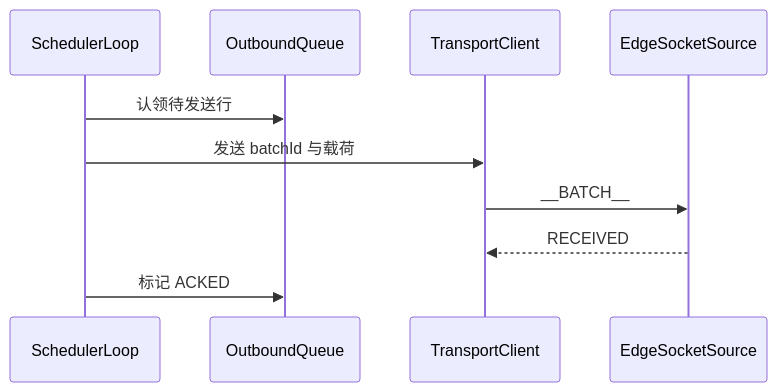
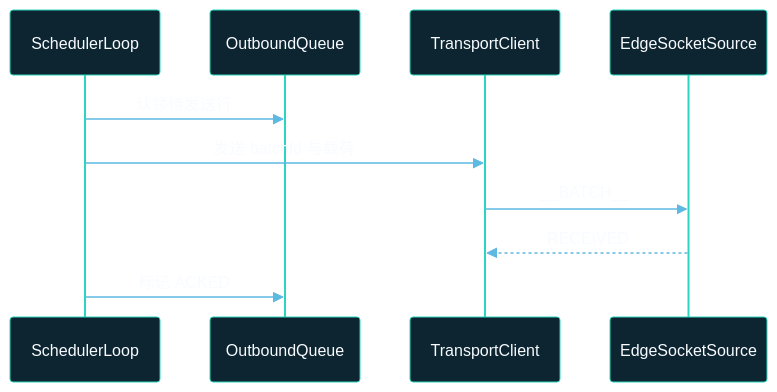
The third of 3 diagrams in docs/zh/edge-agent/architecture-overview.md (apache/seatunnel), drawn with Mermaid before and after one commit. The commit also changed other lines of this file and 1 other file, not shown here.

Commit message:
[Fix][Doc] Fix the mermaid image style in the document

````diff
--- a/docs/zh/edge-agent/architecture-overview.md
+++ b/docs/zh/edge-agent/architecture-overview.md
@@ -211,13 +221,14 @@
 ```mermaid
+%%{init: {"theme": "base", "themeVariables": {"background": "#0f1d33", "primaryColor": "#0c2530", "primaryBorderColor": "#2dd4bf", "primaryTextColor": "#f8fbff", "actorBkg": "#0c2530", "actorBorder": "#2dd4bf", "actorTextColor": "#f8fbff", "activationBkgColor": "#1f1a34", "activationBorderColor": "#8d7cf6", "noteBkgColor": "#1f1a34", "noteBorderColor": "#8d7cf6", "noteTextColor": "#f8fbff", "signalColor": "#5db8e2", "signalTextColor": "#f8fbff", "sequenceNumberColor": "#f8fbff"}}}%%
 sequenceDiagram
     participant Scheduler as SchedulerLoop
     participant Queue as OutboundQueue
     participant Client as TransportClient
     participant Source as EdgeSocketSource
 
     Scheduler->>Queue: 认领待发送行
     Scheduler->>Client: 发送 batchId 与载荷
     Client->>Source: __BATCH__
     Source-->>Client: RECEIVED
     Scheduler->>Queue: 标记 ACKED
 ```
````
